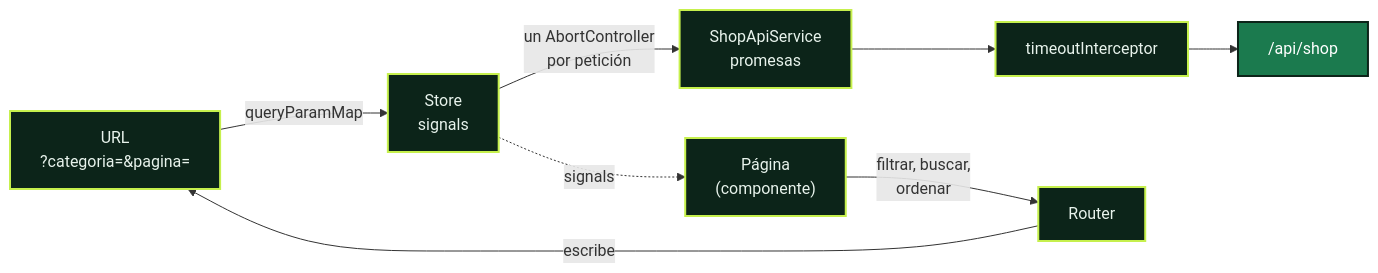
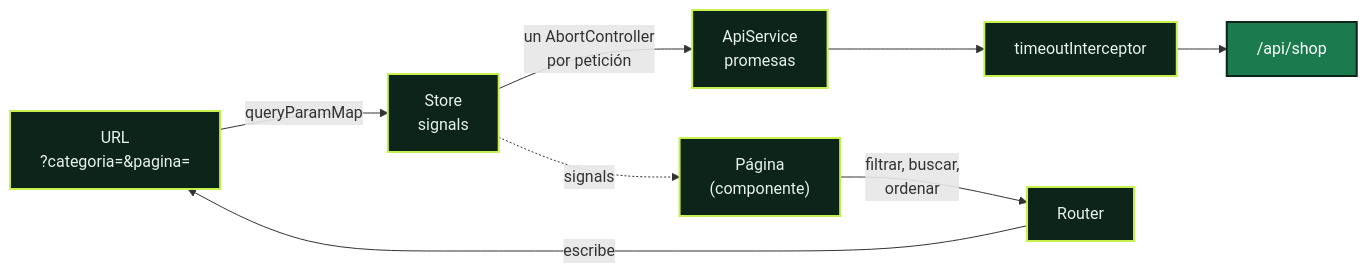
The first of 2 diagrams in moto-routes-web/README.md (Mauro-vs/Routly), drawn with Mermaid before and after one commit. The commit also changed other lines of this file and 195 other files, not shown here.

Commit message:
web: todas las peticiones por ApiService desde los stores (opiniones, IA y chat incluidos), cada componente con su .ts/.html/.css y los estilos globales repartidos

````diff
--- a/moto-routes-web/README.md
+++ b/moto-routes-web/README.md
@@ -171,13 +177,13 @@
 ```mermaid
 flowchart LR
     U["URL<br/>?categoria=&pagina="] -->|"queryParamMap"| ST["Store<br/>signals"]
     P["Página<br/>(componente)"] -->|"filtrar, buscar,<br/>ordenar"| R["Router"]
     R -->|"escribe"| U
-    ST -->|"un AbortController<br/>por petición"| SV["ShopApiService<br/>promesas"]
+    ST -->|"un AbortController<br/>por petición"| SV["ApiService<br/>promesas"]
     SV --> I["timeoutInterceptor"] --> B["/api/shop"]
     ST -.->|"signals"| P
     classDef node fill:#0c2419,stroke:#c6f04d,color:#e8f3ec,stroke-width:2px
     classDef api fill:#1b7a4e,stroke:#0c2419,color:#ffffff
     class U,ST,P,R,SV,I node
     class B api
 ```
````
